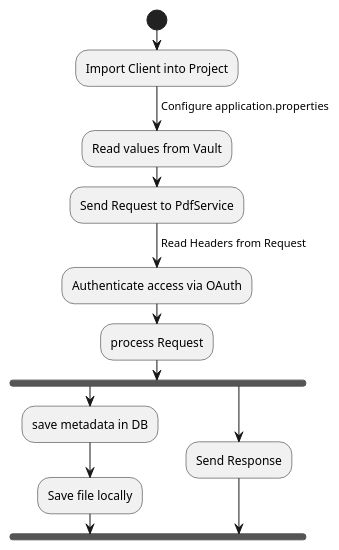
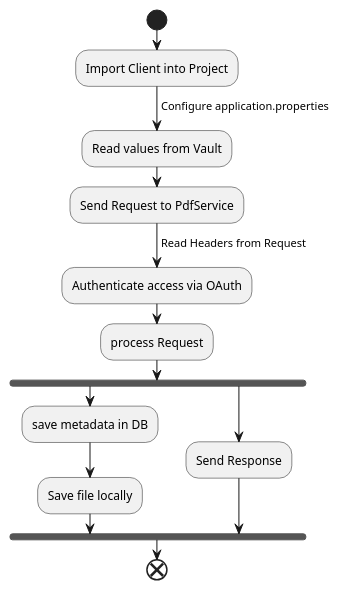
Before and after one commit to TheYaINN/Pdf: the diagram in README.md, drawn with PlantUML.

Commit message:
[UPDATE]
- fixes graph

````diff
--- a/README.md
+++ b/README.md
@@ -8,15 +8,17 @@
 ```plantuml
 start
 :Import Client into Project;
 ->Configure application.properties;
 :Read values from Vault; 
 :Send Request to PdfService;
 ->Read Headers from Request;
 :Authenticate access via OAuth;
 :process Request;
 fork
     :save metadata in DB;
     :Save file locally;
 fork again
     :Send Response;
+end fork
+end
 ```
````
